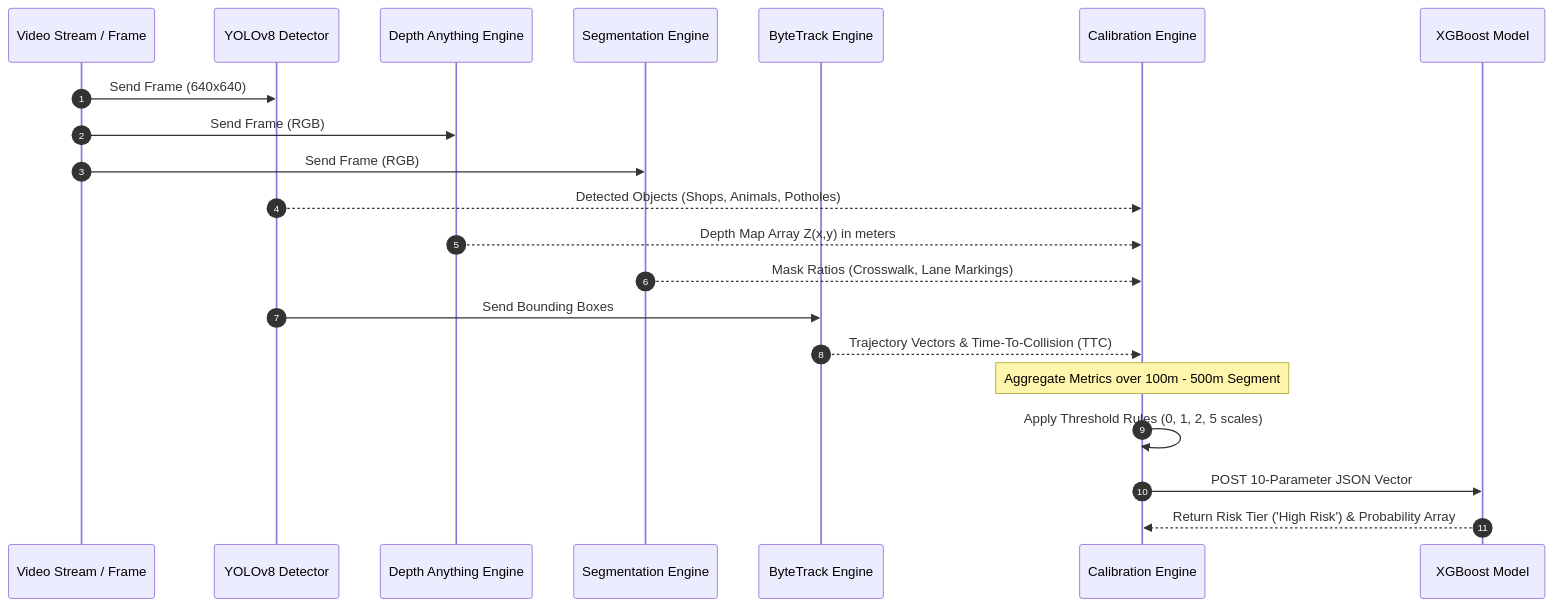
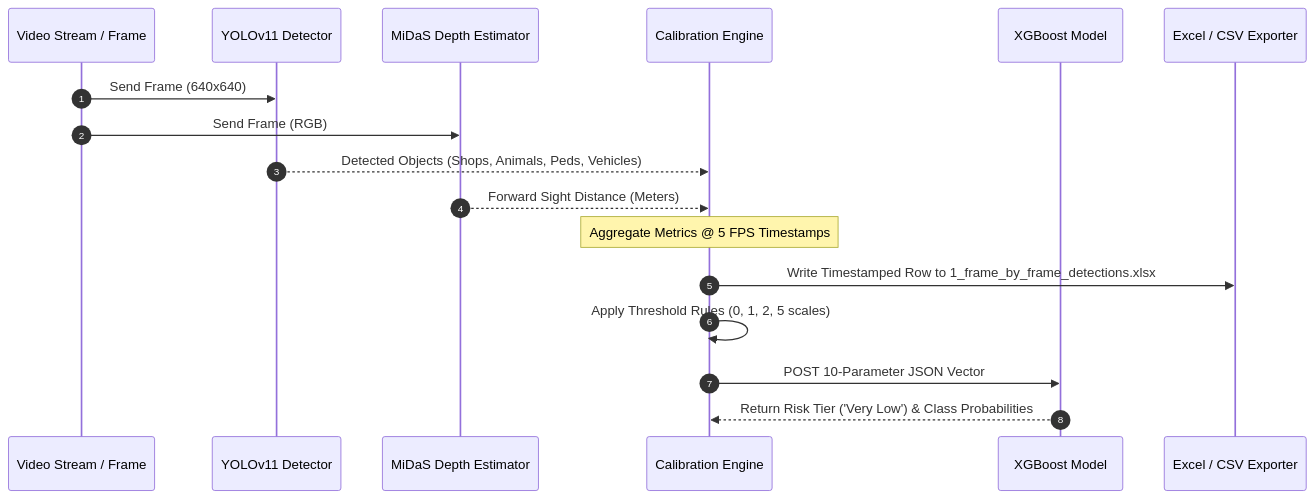
One commit to SwayamAg/road-safety-vision-ai changed the second of 2 diagrams in Architecture_Workflow.md. Above: the diagram before and after it, drawn with Mermaid. The commit also changed other lines of this file and 8 other files, not shown here.

Commit message:
Upgrade vision pipeline to YOLO11 & PyTorch MiDaS depth estimator, add Model_Benchmark_Comparison.md, and update documentation

````diff
--- a/Architecture_Workflow.md
+++ b/Architecture_Workflow.md
@@ -56,27 +56,22 @@
 ```mermaid
 sequenceDiagram
     autonumber
     participant V as Video Stream / Frame
-    participant Y as YOLOv8 Detector
-    participant D as Depth Anything Engine
-    participant S as Segmentation Engine
-    participant T as ByteTrack Engine
+    participant Y as YOLOv11 Detector
+    participant D as MiDaS Depth Estimator
     participant C as Calibration Engine
     participant X as XGBoost Model
+    participant E as Excel / CSV Exporter
 
     V->>Y: Send Frame (640x640)
     V->>D: Send Frame (RGB)
-    V->>S: Send Frame (RGB)
 
-    Y-->>C: Detected Objects (Shops, Animals, Potholes)
-    D-->>C: Depth Map Array Z(x,y) in meters
-    S-->>C: Mask Ratios (Crosswalk, Lane Markings)
+    Y-->>C: Detected Objects (Shops, Animals, Peds, Vehicles)
+    D-->>C: Forward Sight Distance (Meters)
     
-    Y->>T: Send Bounding Boxes
-    T-->>C: Trajectory Vectors & Time-To-Collision (TTC)
-
-    Note over C: Aggregate Metrics over 100m - 500m Segment
+    Note over C: Aggregate Metrics @ 5 FPS Timestamps
+    C->>E: Write Timestamped Row to 1_frame_by_frame_detections.xlsx
     C->>C: Apply Threshold Rules (0, 1, 2, 5 scales)
     C->>X: POST 10-Parameter JSON Vector
-    X-->>C: Return Risk Tier ('High Risk') & Probability Array
+    X-->>C: Return Risk Tier ('Very Low') & Class Probabilities
 ```
````
